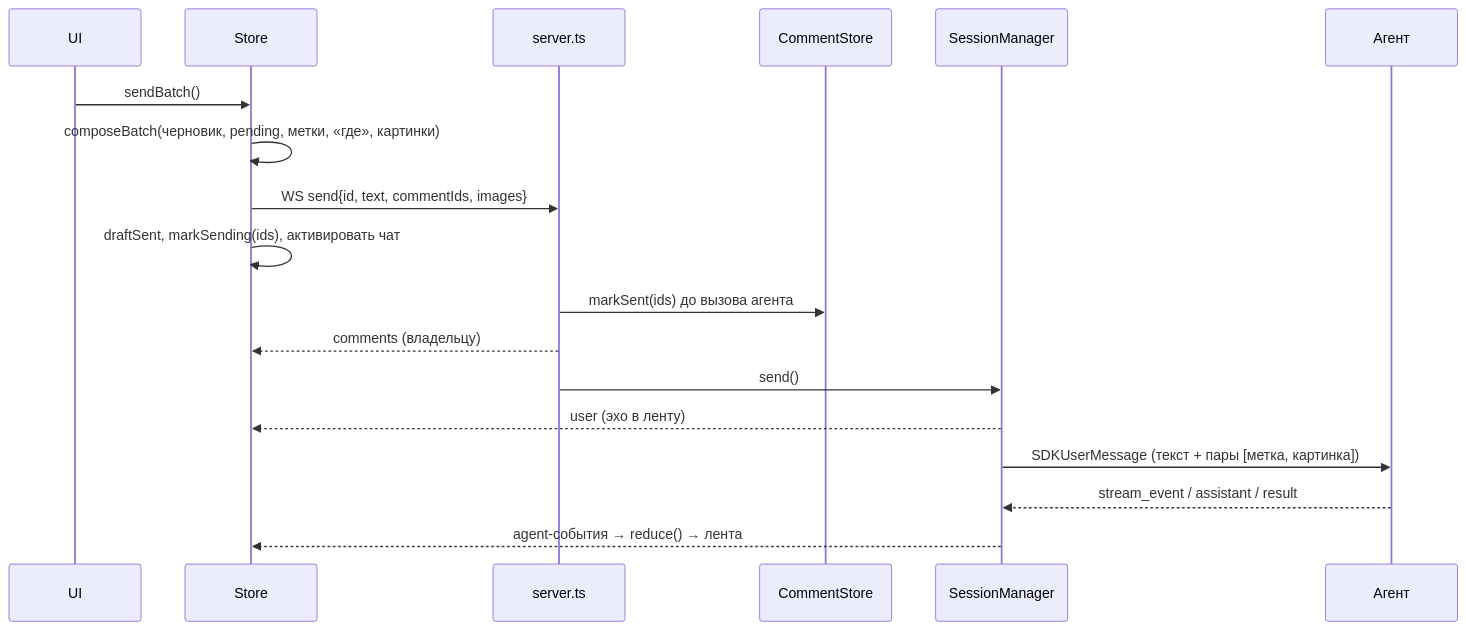
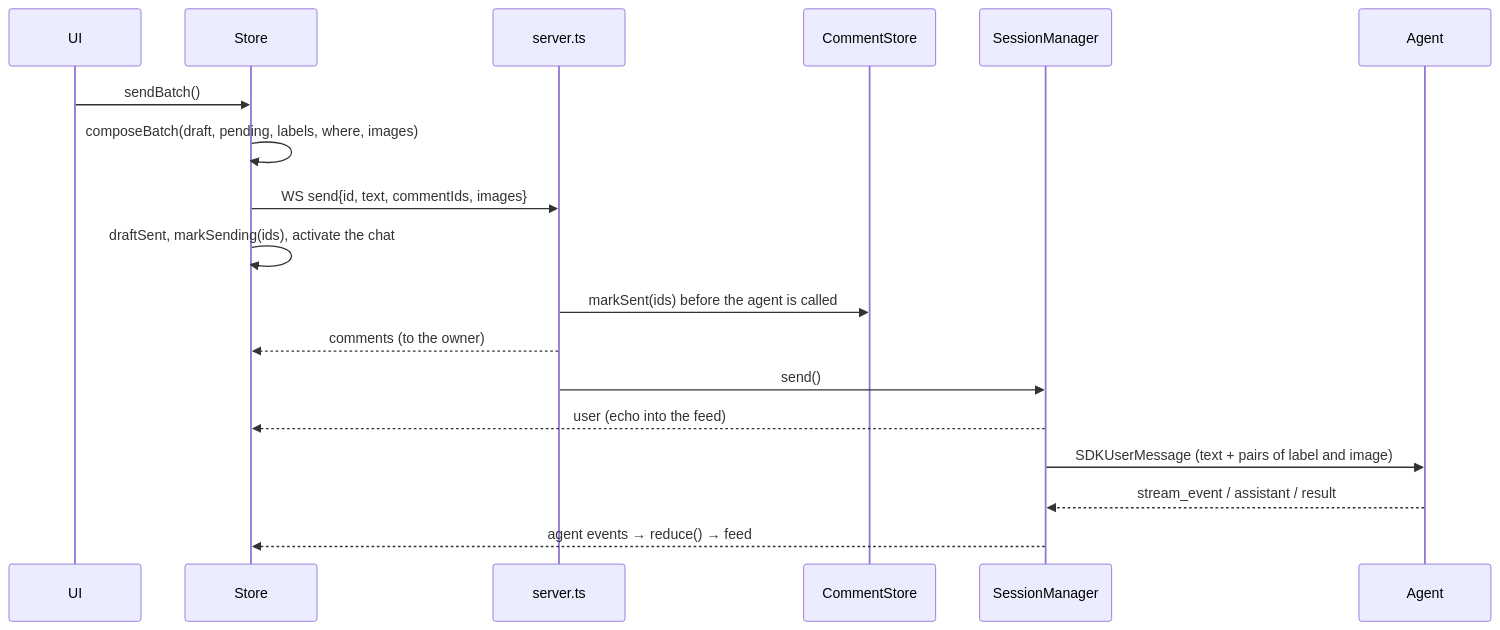
Before and after one commit to iCubeDm/claude-nota-bene: the fourth of 4 diagrams in docs/architecture.md, drawn with Mermaid. The commit also changed other lines of this file, not shown here.

Commit message:
docs: translate the architecture document to English and bring it up to date

````diff
--- a/docs/architecture.md
+++ b/docs/architecture.md
@@ -249,20 +260,20 @@
 ```mermaid
 sequenceDiagram
   participant U as UI
   participant S as Store
   participant SV as server.ts
   participant CS as CommentStore
   participant SM as SessionManager
-  participant A as Агент
+  participant A as Agent
   U->>S: sendBatch()
-  S->>S: composeBatch(черновик, pending, метки, «где», картинки)
+  S->>S: composeBatch(draft, pending, labels, where, images)
   S->>SV: WS send{id, text, commentIds, images}
-  S->>S: draftSent, markSending(ids), активировать чат
-  SV->>CS: markSent(ids) до вызова агента
-  SV-->>S: comments (владельцу)
+  S->>S: draftSent, markSending(ids), activate the chat
+  SV->>CS: markSent(ids) before the agent is called
+  SV-->>S: comments (to the owner)
   SV->>SM: send()
-  SM-->>S: user (эхо в ленту)
-  SM->>A: SDKUserMessage (текст + пары [метка, картинка])
+  SM-->>S: user (echo into the feed)
+  SM->>A: SDKUserMessage (text + pairs of label and image)
   A-->>SM: stream_event / assistant / result
-  SM-->>S: agent-события → reduce() → лента
+  SM-->>S: agent events → reduce() → feed
 ```
````
